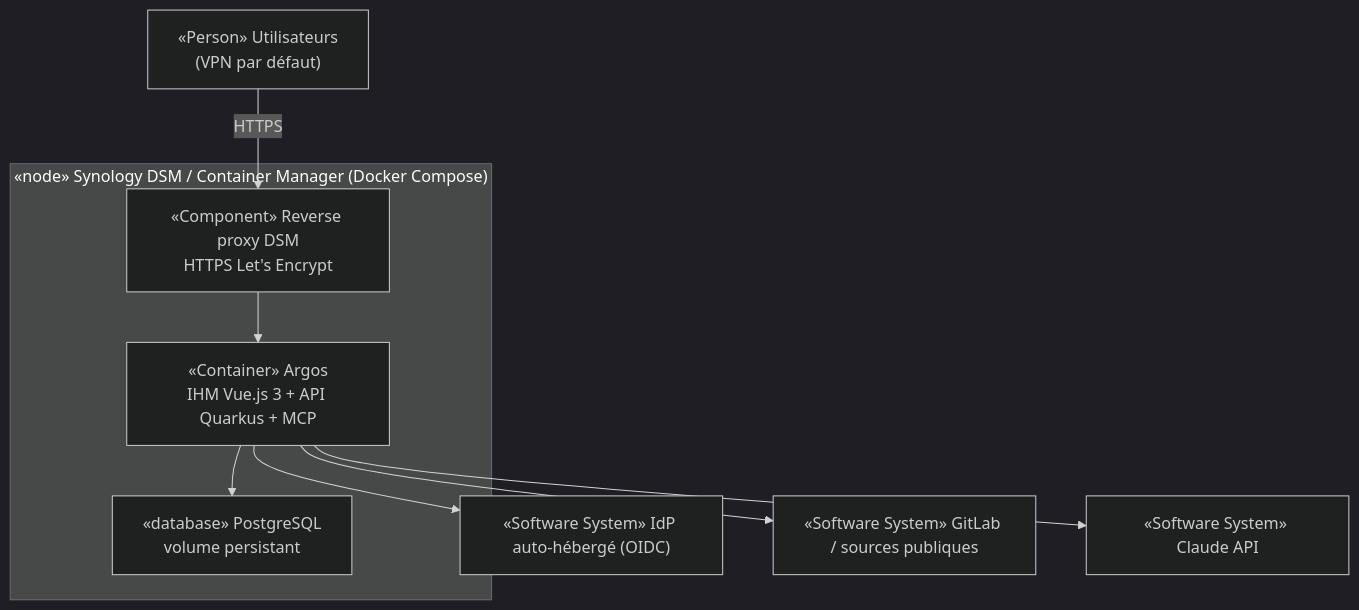
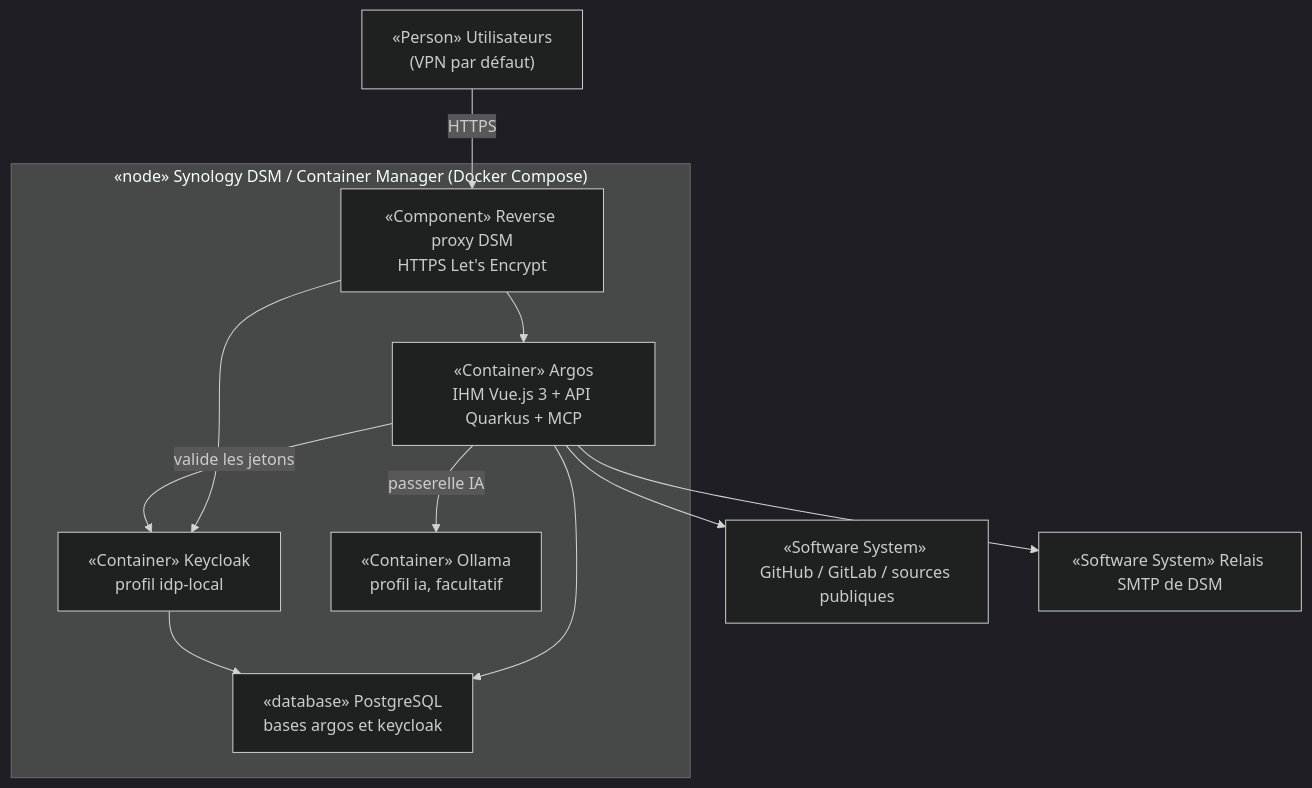
The second of 3 diagrams in docs/architecture/arc42/07-vue-deploiement.md (FTurleque/argos-tech-platform), drawn with Mermaid (dark theme) before and after one commit. The commit also changed other lines of this file and 74 other files, not shown here.

First line of the commit message:
docs(architecture): arc42, ADR, risques et OpenSpec alignés sur le code livré

````diff
--- a/docs/architecture/arc42/07-vue-deploiement.md
+++ b/docs/architecture/arc42/07-vue-deploiement.md
@@ -43,19 +43,23 @@
 ```mermaid
 flowchart TB
     USER["«Person» Utilisateurs\n(VPN par défaut)"]
-    subgraph VM["«node» Synology DSM / Container Manager (Docker Compose)"]
+    subgraph NAS["«node» Synology DSM / Container Manager (Docker Compose)"]
         RP["«Component» Reverse proxy DSM\nHTTPS Let's Encrypt"]
         BACK["«Container» Argos\nIHM Vue.js 3 + API Quarkus + MCP"]
-        DB["«database» PostgreSQL\nvolume persistant"]
+        KC["«Container» Keycloak\nprofil idp-local"]
+        LLM["«Container» Ollama\nprofil ia, facultatif"]
+        DB["«database» PostgreSQL\nbases argos et keycloak"]
     end
-    IDP["«Software System» IdP auto-hébergé (OIDC)"]
-    EXT["«Software System» GitLab / sources publiques"]
-    AI["«Software System» Claude API"]
+    EXT["«Software System» GitHub / GitLab / sources publiques"]
+    SMTP["«Software System» Relais SMTP de DSM"]
 
     USER -->|HTTPS| RP
     RP --> BACK
+    RP --> KC
     BACK --> DB
+    KC --> DB
+    BACK -->|valide les jetons| KC
+    BACK -->|passerelle IA| LLM
     BACK --> EXT
-    BACK --> AI
-    BACK --> IDP
+    BACK --> SMTP
 ```
````
